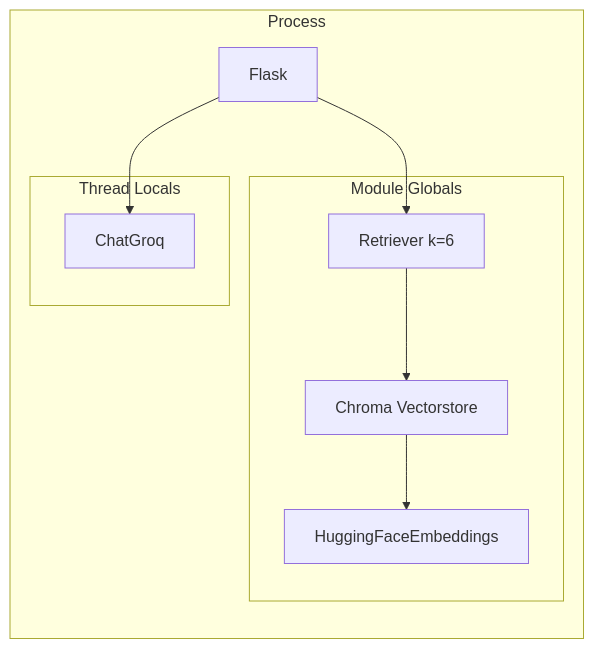
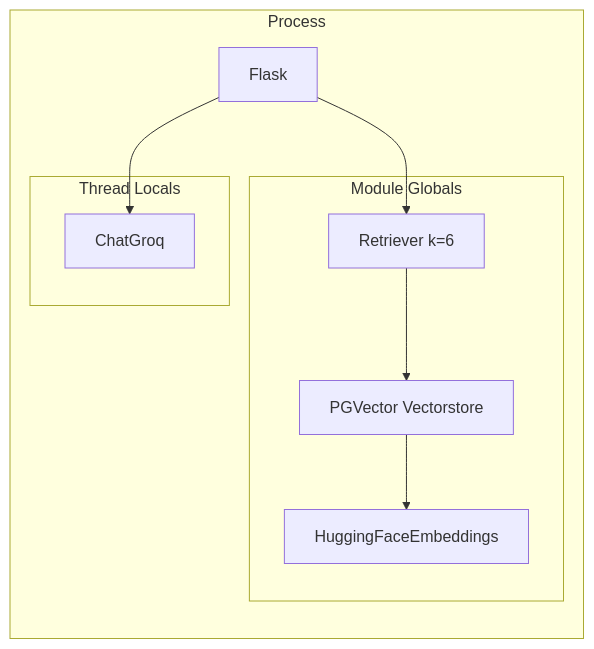
Before and after one commit to cleven12/edurag: the fourth of 4 diagrams in docs/ARCHITECTURE.md, drawn with Mermaid. The commit also changed other lines of this file and 20 other files, not shown here.

````diff
--- a/docs/ARCHITECTURE.md
+++ b/docs/ARCHITECTURE.md
@@ -193,19 +200,19 @@
 ```mermaid
 flowchart LR
     subgraph "Process"
         Flask
         subgraph "Module Globals"
             Emb[HuggingFaceEmbeddings]
-            VS[Chroma Vectorstore]
+            VS[PGVector Vectorstore]
             Retr[Retriever k=6]
         end
         subgraph "Thread Locals"
             LLM[ChatGroq]
         end
     end
 
     Flask --> Retr
     Flask --> LLM
     Retr --> VS
     VS --> Emb
 ```
````
